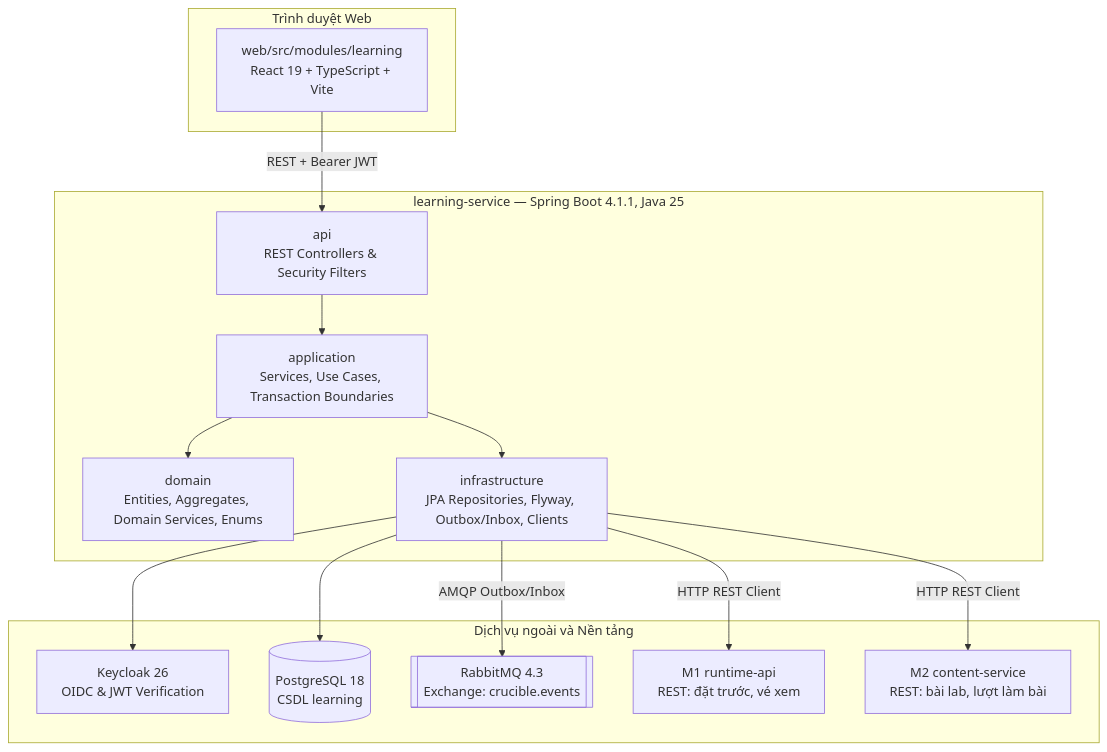
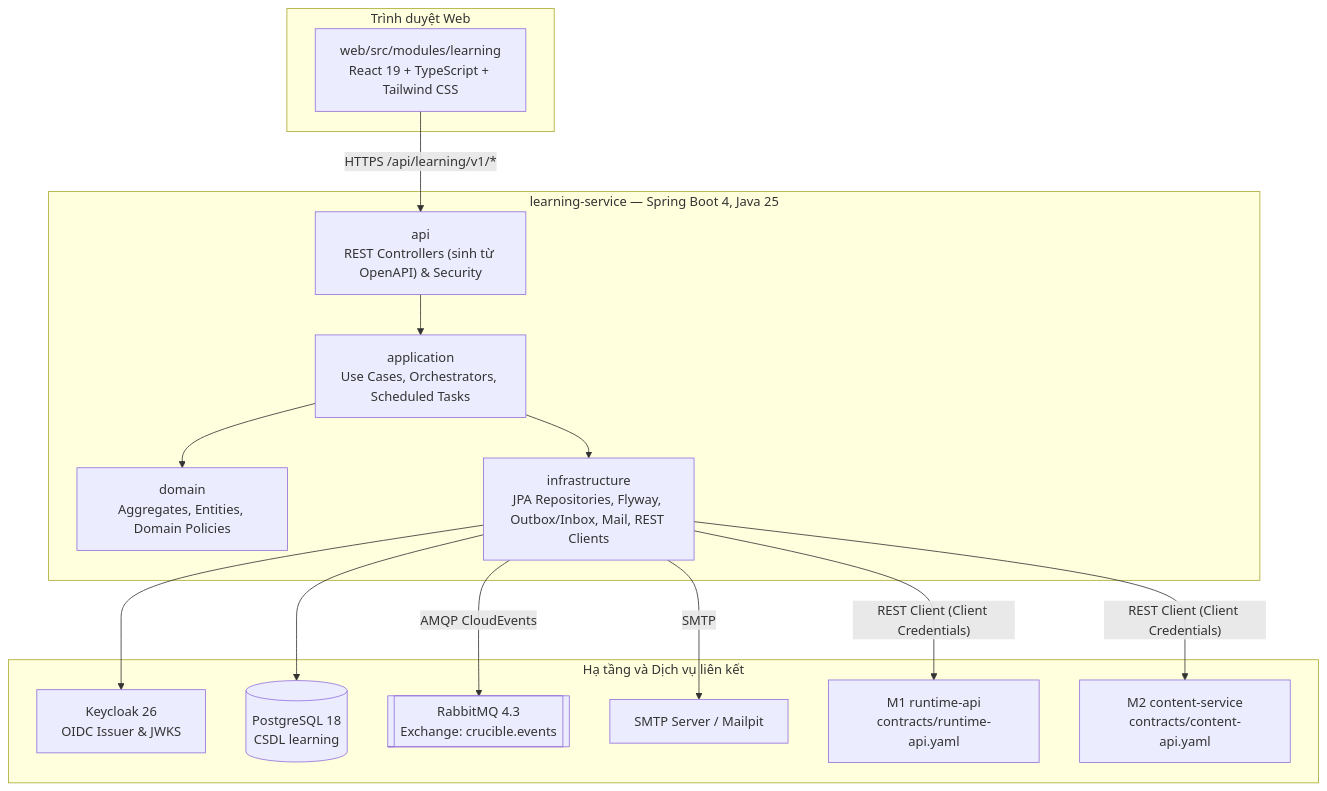
Before and after one commit to NhatMinh0311/Crucible: the first of 5 diagrams in docs/modules/m3-learning.md, drawn with Mermaid. The commit also changed other lines of this file and 1 other file, not shown here.

````diff
--- a/docs/modules/m3-learning.md
+++ b/docs/modules/m3-learning.md
@@ -62,31 +67,33 @@
 ```mermaid
 flowchart TB
-    subgraph Browser[Trình duyệt Web]
-        WebUI[web/src/modules/learning<br/>React 19 + TypeScript + Vite]
+    subgraph Browser["Trình duyệt Web"]
+        WebUI["web/src/modules/learning<br/>React 19 + TypeScript + Tailwind CSS"]
     end
 
-    subgraph Service[learning-service — Spring Boot 4.1.1, Java 25]
-        API[api<br/>REST Controllers & Security Filters]
-        App[application<br/>Services, Use Cases, Transaction Boundaries]
-        Domain[domain<br/>Entities, Aggregates, Domain Services, Enums]
-        Infra[infrastructure<br/>JPA Repositories, Flyway, Outbox/Inbox, Clients]
+    subgraph Service["learning-service — Spring Boot 4, Java 25"]
+        API["api<br/>REST Controllers (sinh từ OpenAPI) & Security"]
+        App["application<br/>Use Cases, Orchestrators, Scheduled Tasks"]
+        Domain["domain<br/>Aggregates, Entities, Domain Policies"]
+        Infra["infrastructure<br/>JPA Repositories, Flyway, Outbox/Inbox, Mail, REST Clients"]
     end
 
-    subgraph External[Dịch vụ ngoài và Nền tảng]
-        Keycloak[Keycloak 26<br/>OIDC & JWT Verification]
-        Postgres[(PostgreSQL 18<br/>CSDL learning)]
-        RabbitMQ[[RabbitMQ 4.3<br/>Exchange: crucible.events]]
-        M1Client[M1 runtime-api<br/>REST: đặt trước, vé xem]
-        M2Client[M2 content-service<br/>REST: bài lab, lượt làm bài]
+    subgraph External["Hạ tầng và Dịch vụ liên kết"]
+        Keycloak["Keycloak 26<br/>OIDC Issuer & JWKS"]
+        Postgres[("PostgreSQL 18<br/>CSDL learning")]
+        RabbitMQ[["RabbitMQ 4.3<br/>Exchange: crucible.events"]]
+        SMTP["SMTP Server / Mailpit"]
+        M1["M1 runtime-api<br/>contracts/runtime-api.yaml"]
+        M2["M2 content-service<br/>contracts/content-api.yaml"]
     end
 
-    WebUI -->|REST + Bearer JWT| API
+    WebUI -->|"HTTPS /api/learning/v1/*"| API
     API --> App
     App --> Domain
     App --> Infra
     Infra --> Postgres
     Infra --> Keycloak
-    Infra -->|AMQP Outbox/Inbox| RabbitMQ
-    Infra -->|HTTP REST Client| M1Client
-    Infra -->|HTTP REST Client| M2Client
+    Infra -->|"AMQP CloudEvents"| RabbitMQ
+    Infra -->|"SMTP"| SMTP
+    Infra -->|"REST Client (Client Credentials)"| M1
+    Infra -->|"REST Client (Client Credentials)"| M2
 ```
````
